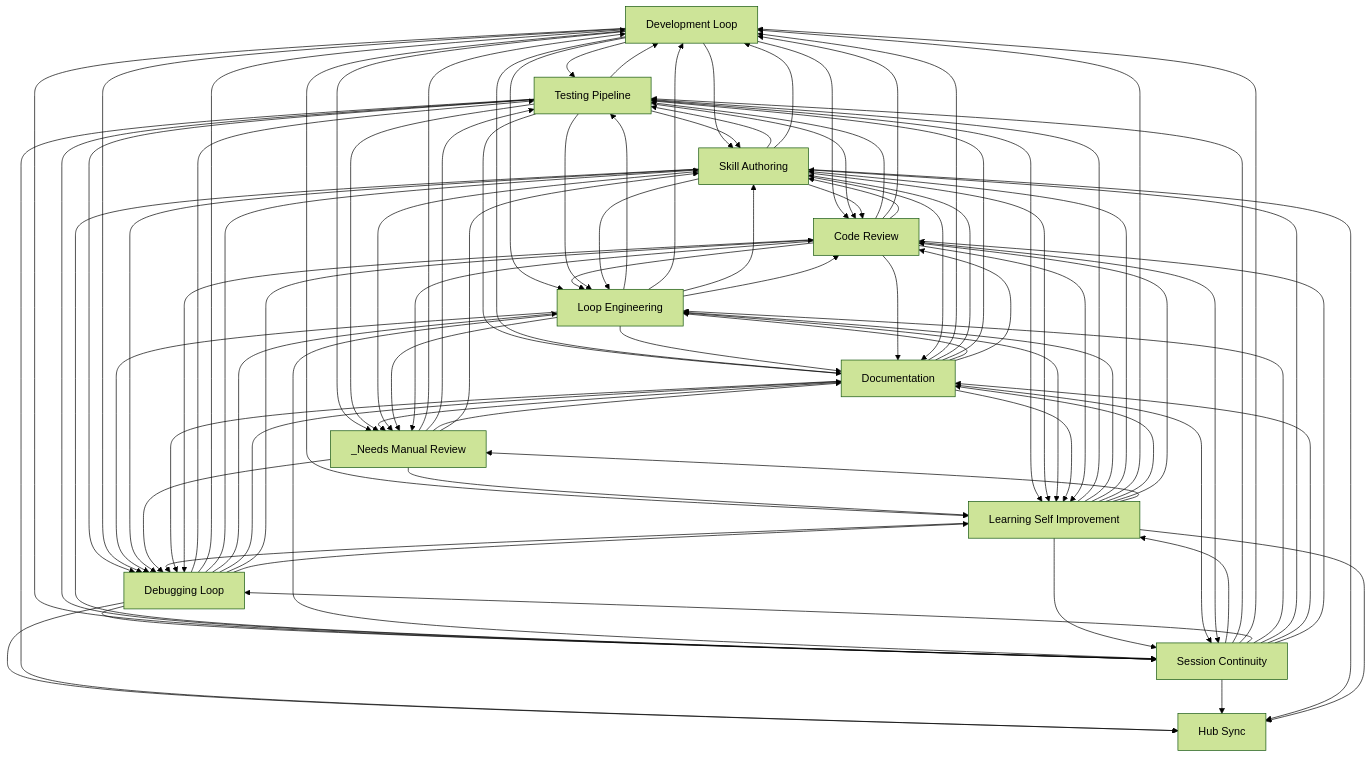
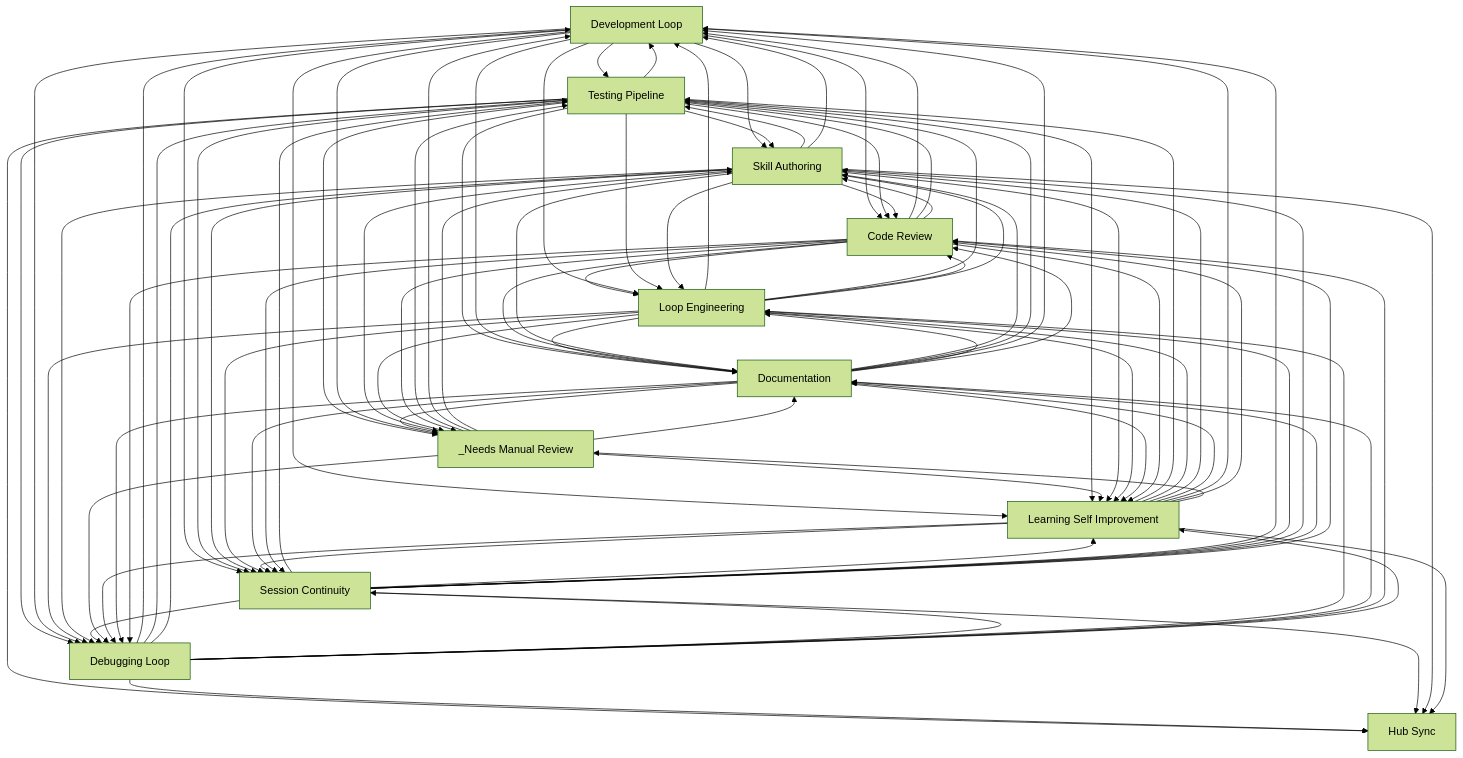
Before and after one commit to abhayla/claude-best-practices: the diagram in docs/workflows/INDEX.md, drawn with Mermaid (forest theme). The commit also changed other lines of this file and 13 other files, not shown here.

```diff
--- a/docs/workflows/INDEX.md
+++ b/docs/workflows/INDEX.md
@@ -33,54 +33,54 @@
     documentation[Documentation]
     hub_sync[Hub Sync]
     _needs_manual_review[_Needs Manual Review]
-    development_loop --> testing_pipeline
-    development_loop --> skill_authoring
-    development_loop --> code_review
-    development_loop --> loop_engineering
+    code_review --> development_loop
     code_review --> testing_pipeline
-    code_review --> development_loop
     code_review --> skill_authoring
     code_review --> loop_engineering
+    development_loop --> testing_pipeline
+    development_loop --> code_review
+    development_loop --> skill_authoring
+    development_loop --> loop_engineering
+    loop_engineering --> development_loop
     loop_engineering --> testing_pipeline
-    loop_engineering --> development_loop
+    loop_engineering --> code_review
     loop_engineering --> skill_authoring
-    loop_engineering --> code_review
     skill_authoring --> testing_pipeline
     testing_pipeline --> skill_authoring
+    testing_pipeline --> development_loop
+    _needs_manual_review --> testing_pipeline
     _needs_manual_review --> development_loop
-    _needs_manual_review --> testing_pipeline
-    testing_pipeline --> development_loop
     testing_pipeline --> debugging_loop
     testing_pipeline --> loop_engineering
     testing_pipeline --> documentation
     testing_pipeline --> code_review
+    debugging_loop --> development_loop
     debugging_loop --> testing_pipeline
-    debugging_loop --> development_loop
     debugging_loop --> skill_authoring
     debugging_loop --> loop_engineering
     development_loop --> debugging_loop
     development_loop --> documentation
     loop_engineering --> documentation
+    skill_authoring --> code_review
     skill_authoring --> development_loop
-    skill_authoring --> code_review
     skill_authoring --> loop_engineering
-    documentation --> development_loop
     documentation --> skill_authoring
     documentation --> testing_pipeline
+    documentation --> development_loop
+    testing_pipeline --> _needs_manual_review
     development_loop --> _needs_manual_review
-    testing_pipeline --> _needs_manual_review
     code_review --> documentation
+    session_continuity --> testing_pipeline
+    session_continuity --> learning_self_improvement
     development_loop --> session_continuity
     development_loop --> learning_self_improvement
-    session_continuity --> learning_self_improvement
-    session_continuity --> testing_pipeline
+    testing_pipeline --> learning_self_improvement
     _needs_manual_review --> learning_self_improvement
-    testing_pipeline --> learning_self_improvement
     loop_engineering --> debugging_loop
+    testing_pipeline --> session_continuity
+    testing_pipeline --> hub_sync
+    debugging_loop --> session_continuity
     debugging_loop --> hub_sync
-    debugging_loop --> session_continuity
-    testing_pipeline --> hub_sync
-    testing_pipeline --> session_continuity
     debugging_loop --> documentation
     debugging_loop --> code_review
     skill_authoring --> session_continuity
@@ -93,16 +93,16 @@
     _needs_manual_review --> debugging_loop
     debugging_loop --> learning_self_improvement
     skill_authoring --> documentation
+    _needs_manual_review --> skill_authoring
     _needs_manual_review --> documentation
-    _needs_manual_review --> skill_authoring
     documentation --> _needs_manual_review
     learning_self_improvement --> testing_pipeline
+    learning_self_improvement --> session_continuity
     learning_self_improvement --> debugging_loop
-    learning_self_improvement --> session_continuity
     learning_self_improvement --> loop_engineering
     learning_self_improvement --> skill_authoring
+    learning_self_improvement --> documentation
     learning_self_improvement --> development_loop
-    learning_self_improvement --> documentation
     learning_self_improvement --> code_review
     skill_authoring --> _needs_manual_review
     session_continuity --> skill_authoring
```
